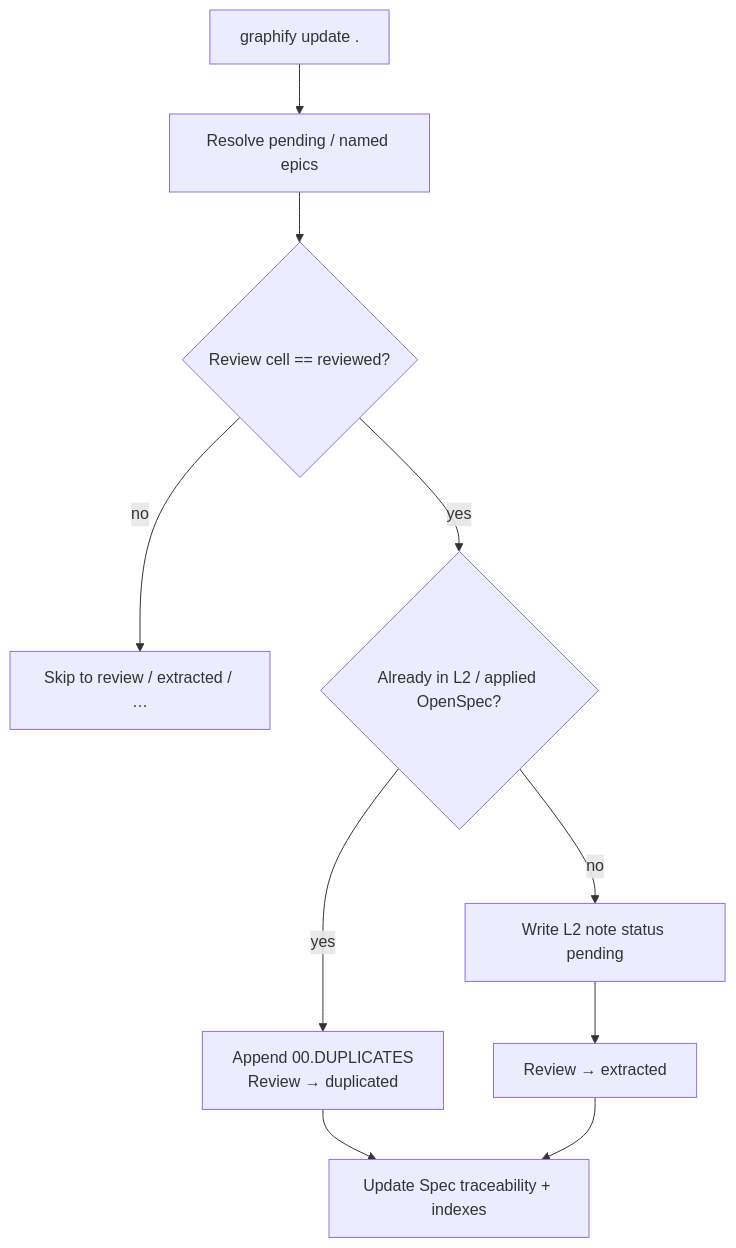
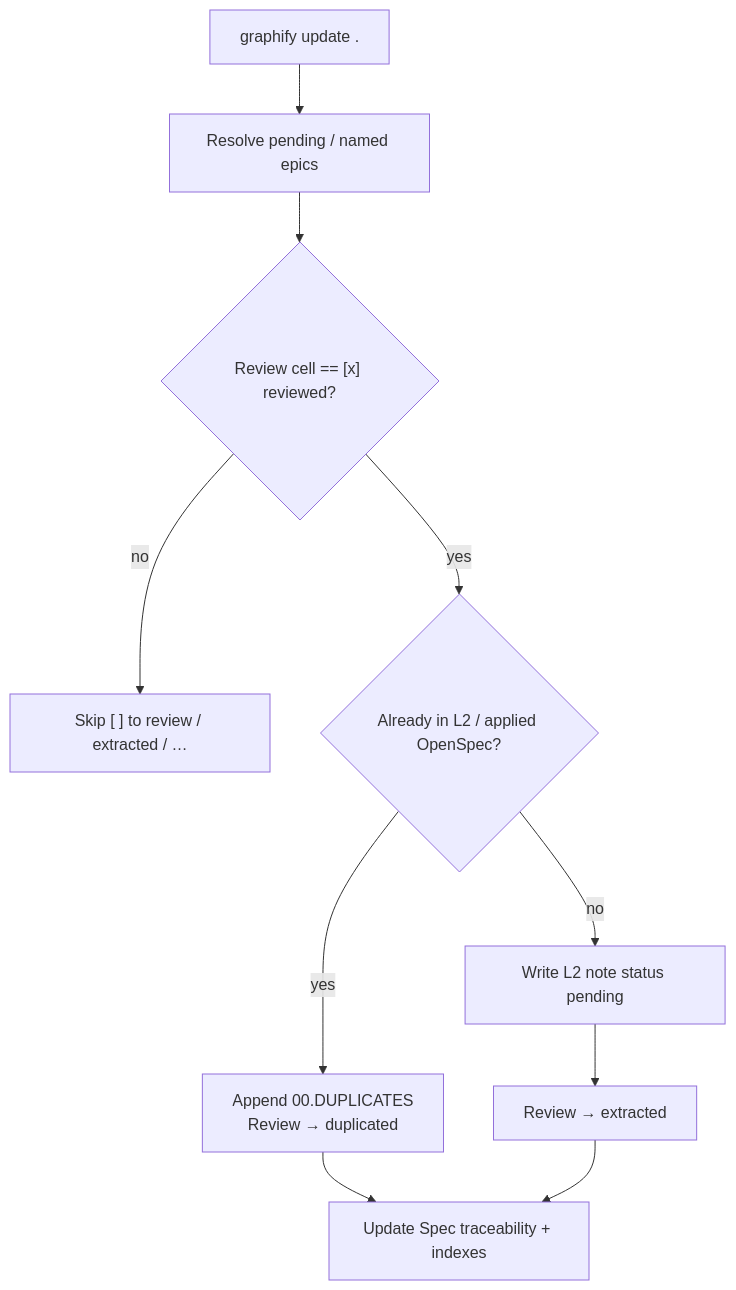
One commit to AdamAntinoo/neocom-meta changed the sixth of 10 diagrams in .dsh/METHODOLOGY.md. Above: the diagram before and after it, drawn with Mermaid. The commit also changed other lines of this file and 26 other files, not shown here.

First line of the commit message:
feat(meta): register DEF-IB amend and checkbox+status Review gate

````diff
--- a/.dsh/METHODOLOGY.md
+++ b/.dsh/METHODOLOGY.md
@@ -347,12 +347,12 @@
 ```mermaid
 flowchart TD
   g1["graphify update ."] --> scope["Resolve pending / named epics"]
-  scope --> gate{"Review cell == reviewed?"}
-  gate -->|no| skip["Skip to review / extracted / …"]
+  scope --> gate{"Review cell == [x] reviewed?"}
+  gate -->|no| skip["Skip [ ] to review / extracted / …"]
   gate -->|yes| pass{"Already in L2 / applied OpenSpec?"}
   pass -->|yes| dup["Append 00.DUPLICATES<br/>Review → duplicated"]
   pass -->|no| write["Write L2 note status pending"]
   write --> flip["Review → extracted"]
   dup --> idx["Update Spec traceability + indexes"]
   flip --> idx
 ```
````
